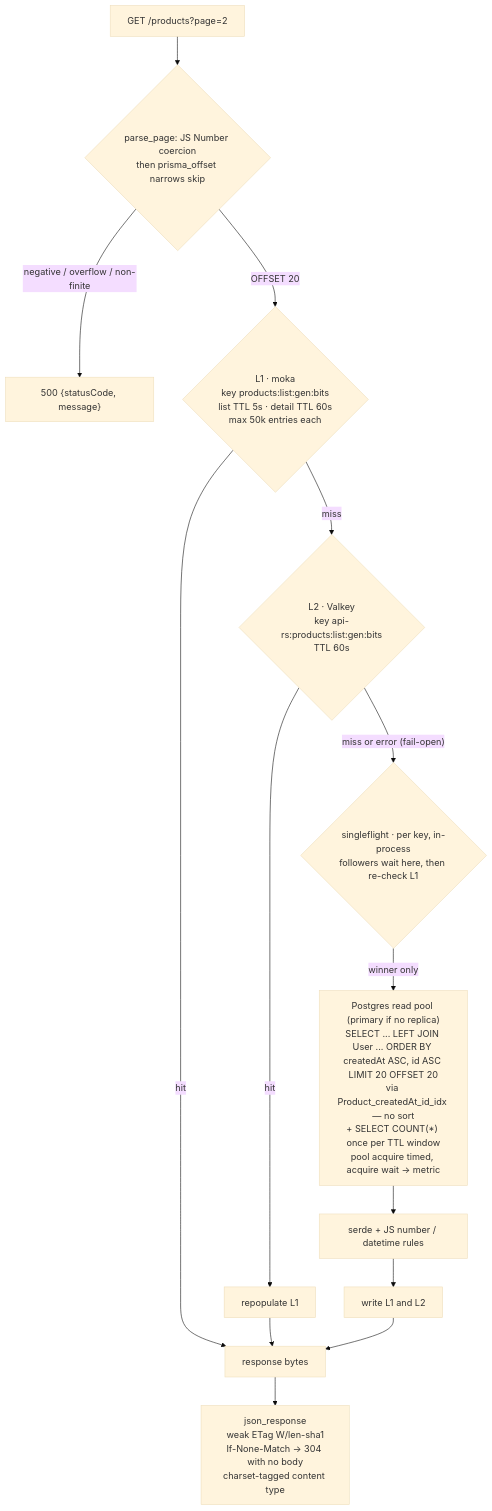
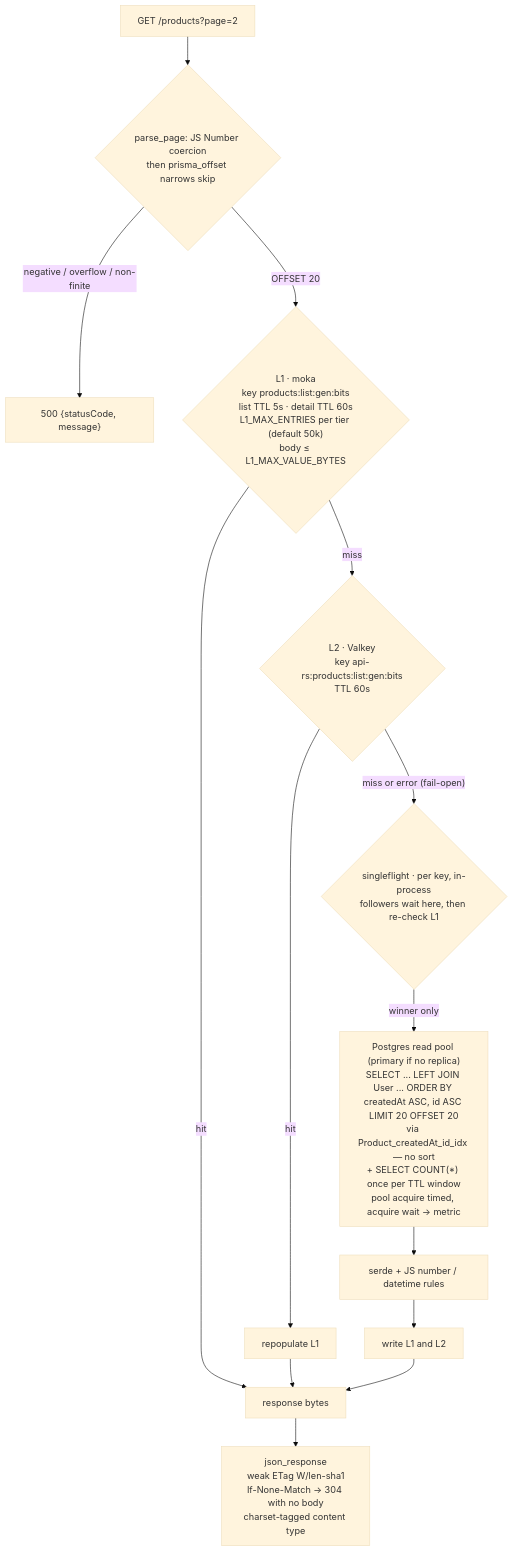
Before and after one commit to yamid-granda/react-native-and-web: the third of 6 diagrams in api-rs/ARCHITECTURE.md, drawn with Mermaid (base theme). The commit also changed other lines of this file and 17 other files, not shown here.

````diff
--- a/api-rs/ARCHITECTURE.md
+++ b/api-rs/ARCHITECTURE.md
@@ -171,15 +171,15 @@
 ```mermaid
 flowchart TD
     req["GET /products?page=2"] --> parse{"parse_page: JS Number coercion<br/>then prisma_offset narrows skip"}
     parse -->|"negative / overflow / non-finite"| e500["500 {statusCode, message}"]
-    parse -->|"OFFSET 20"| l1{"L1 · moka<br/>key products:list:gen:bits<br/>list TTL 5s · detail TTL 60s<br/>max 50k entries each"}
+    parse -->|"OFFSET 20"| l1{"L1 · moka<br/>key products:list:gen:bits<br/>list TTL 5s · detail TTL 60s<br/>L1_MAX_ENTRIES per tier (default 50k)<br/>body ≤ L1_MAX_VALUE_BYTES"}
     l1 -->|"hit"| body["response bytes"]
     l1 -->|"miss"| l2{"L2 · Valkey<br/>key api-rs:products:list:gen:bits<br/>TTL 60s"}
     l2 -->|"hit"| repop["repopulate L1"] --> body
     l2 -->|"miss or error (fail-open)"| flight{"singleflight · per key, in-process<br/>followers wait here, then re-check L1"}
     flight -->|"winner only"| pg["Postgres read pool (primary if no replica)<br/>SELECT ... LEFT JOIN User ... ORDER BY createdAt ASC, id ASC LIMIT 20 OFFSET 20<br/>via Product_createdAt_id_idx — no sort<br/>+ SELECT COUNT(*) once per TTL window<br/>pool acquire timed, acquire wait → metric"]
     pg --> ser["serde + JS number / datetime rules"]
     ser --> fill["write L1 and L2"]
     fill --> body
     body --> resp["json_response<br/>weak ETag W/len-sha1<br/>If-None-Match → 304 with no body<br/>charset-tagged content type"]
 ```
````
